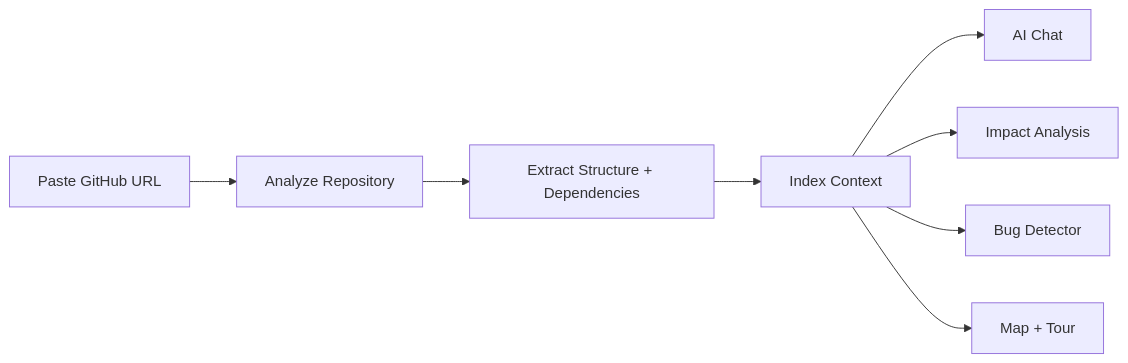
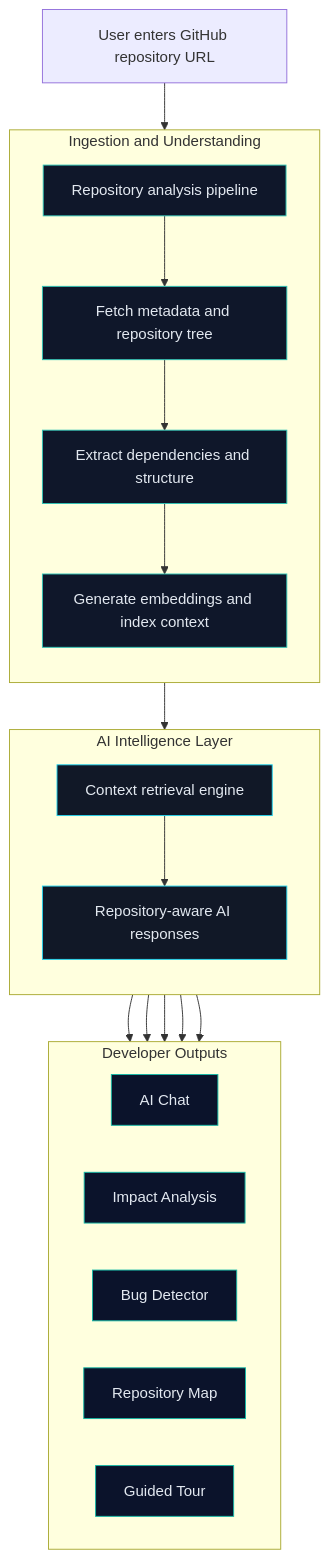
Before and after one commit to ParthPipermintwala/ai-codebase-navigator: the diagram in README.md, drawn with Mermaid.

````diff
--- a/README.md
+++ b/README.md
@@ -51,10 +51,35 @@
 ```mermaid
-flowchart LR
-		A[Paste GitHub URL] --> B[Analyze Repository]
-		B --> C[Extract Structure + Dependencies]
-		C --> D[Index Context]
-		D --> E[AI Chat]
-		D --> F[Impact Analysis]
-		D --> G[Bug Detector]
-		D --> H[Map + Tour]
+flowchart TD
+	A[User enters GitHub repository URL]
+	A --> B[Repository analysis pipeline]
+
+	subgraph INGEST[Ingestion and Understanding]
+		direction TB
+		B --> C[Fetch metadata and repository tree]
+		C --> D[Extract dependencies and structure]
+		D --> E[Generate embeddings and index context]
+	end
+
+	subgraph INTEL[AI Intelligence Layer]
+		direction TB
+		E --> F[Context retrieval engine]
+		F --> G[Repository-aware AI responses]
+	end
+
+	subgraph OUTPUT[Developer Outputs]
+		direction LR
+		G --> H[AI Chat]
+		G --> I[Impact Analysis]
+		G --> J[Bug Detector]
+		G --> K[Repository Map]
+		G --> L[Guided Tour]
+	end
+
+	classDef ingest fill:#0f172a,stroke:#2ec4b6,color:#e2e8f0,stroke-width:1px;
+	classDef intel fill:#111827,stroke:#22d3ee,color:#e2e8f0,stroke-width:1px;
+	classDef output fill:#0b132b,stroke:#14b8a6,color:#e2e8f0,stroke-width:1px;
+
+	class B,C,D,E ingest;
+	class F,G intel;
+	class H,I,J,K,L output;
 ```
````
